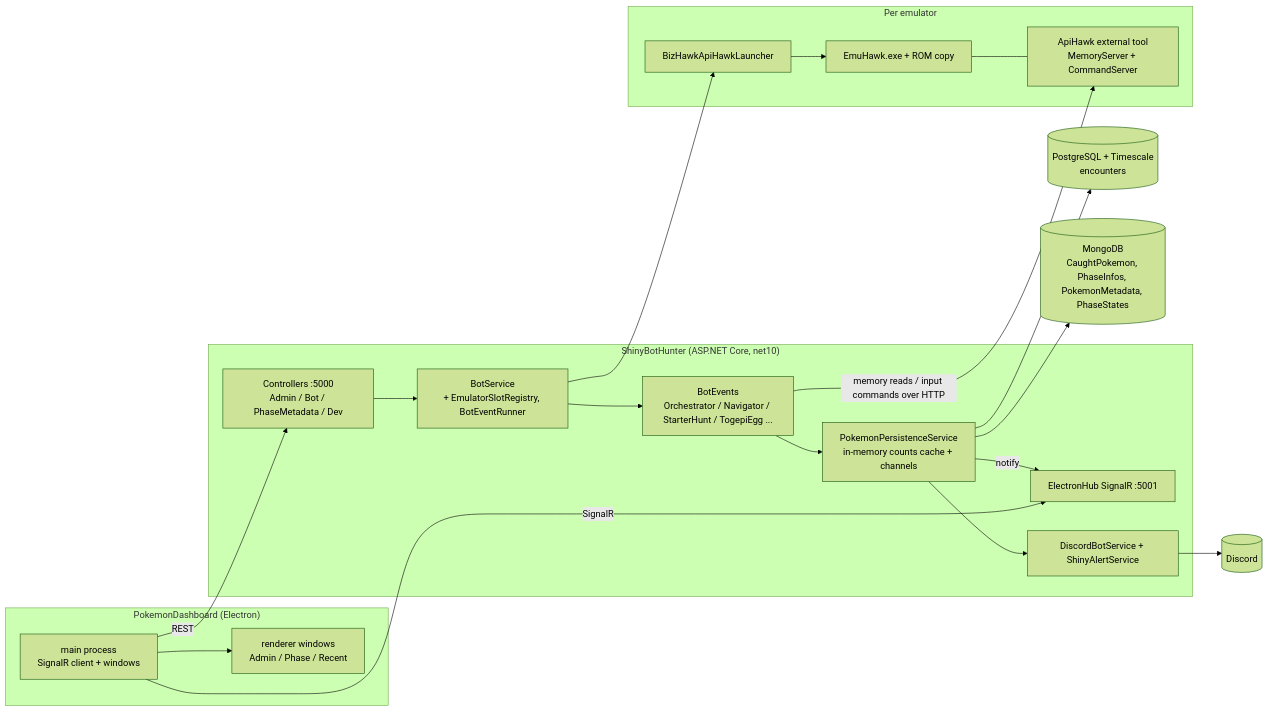
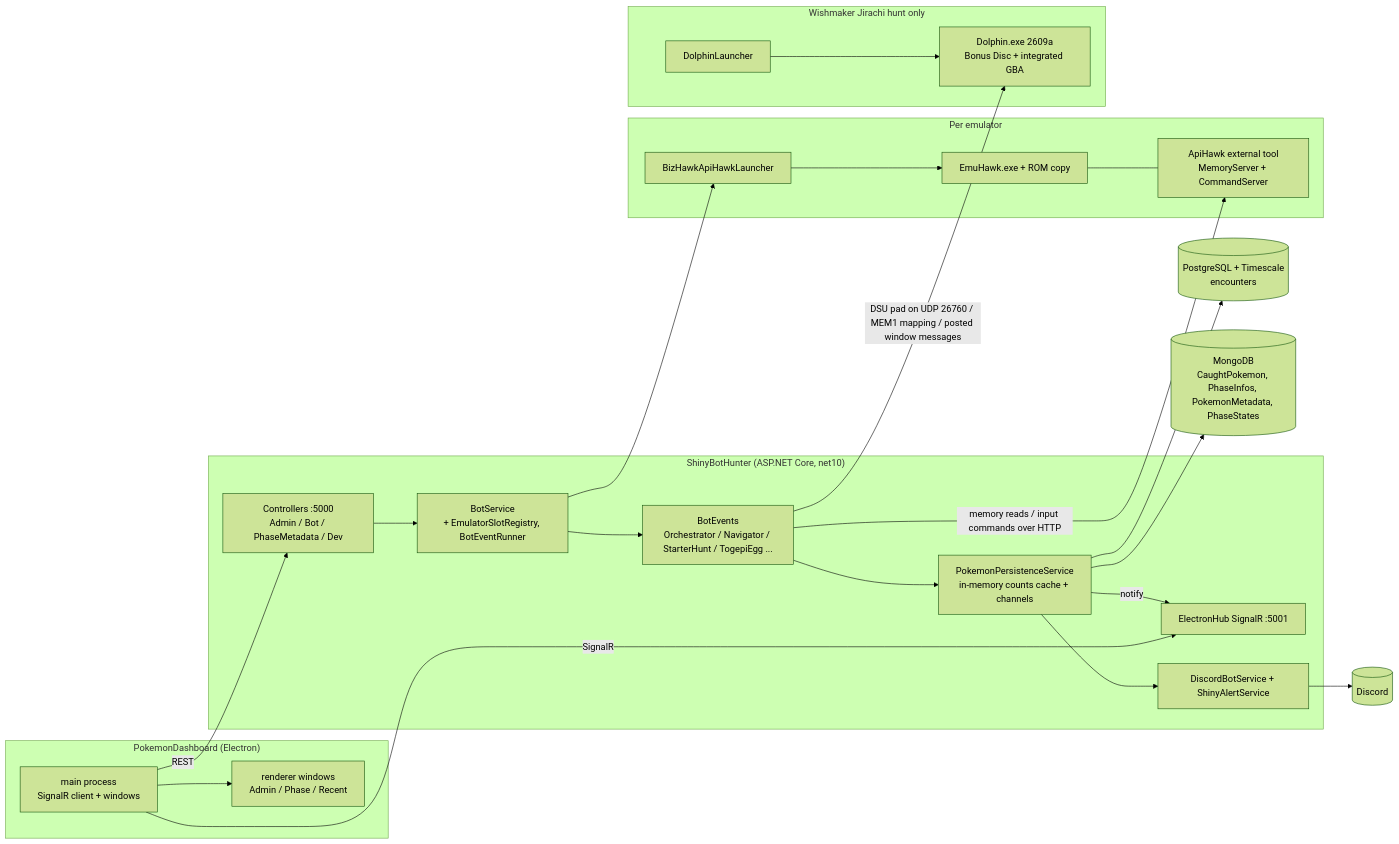
One commit to ppicinic/ShinyBotHunter changed the first of 2 diagrams in docs/architecture/system-overview.md. Above: the diagram before and after it, drawn with Mermaid (forest theme). The commit also changed other lines of this file, not shown here.

First line of the commit message:
#170: Step 5: architecture, Dolphin and the Wishmaker cycle

````diff
--- a/docs/architecture/system-overview.md
+++ b/docs/architecture/system-overview.md
@@ -20,35 +20,40 @@
 ```mermaid
 flowchart LR
   subgraph Dashboard["PokemonDashboard (Electron)"]
     Main[main process<br/>SignalR client + windows] --> Renderer[renderer windows<br/>Admin / Phase / Recent]
   end
 
   subgraph Backend["ShinyBotHunter (ASP.NET Core, net10)"]
     API[Controllers :5000<br/>Admin / Bot / PhaseMetadata / Dev]
     Hub[ElectronHub SignalR :5001]
     BotSvc[BotService<br/>+ EmulatorSlotRegistry, BotEventRunner]
     Events[BotEvents<br/>Orchestrator / Navigator / StarterHunt / TogepiEgg ...]
     Persist[PokemonPersistenceService<br/>in-memory counts cache + channels]
     Discord[DiscordBotService + ShinyAlertService]
   end
 
   subgraph Emu["Per emulator"]
     Launcher[BizHawkApiHawkLauncher] --> EmuHawk[EmuHawk.exe + ROM copy]
     EmuHawk --- ApiHawk[ApiHawk external tool<br/>MemoryServer + CommandServer]
   end
 
+  subgraph Dol["Wishmaker Jirachi hunt only"]
+    DolLauncher[DolphinLauncher] --> Dolphin[Dolphin.exe 2609a<br/>Bonus Disc + integrated GBA]
+  end
+
   PG[(PostgreSQL + Timescale<br/>encounters)]
   Mongo[(MongoDB<br/>CaughtPokemon, PhaseInfos, PokemonMetadata, PhaseStates)]
   DiscordAPI[(Discord)]
 
   Main -- REST --> API
   Main -- SignalR --> Hub
   API --> BotSvc --> Events
   Events -- memory reads / input commands over HTTP --> ApiHawk
+  Events -- DSU pad on UDP 26760 / MEM1 mapping / posted window messages --> Dolphin
   BotSvc --> Launcher
   Events --> Persist
   Persist --> PG
   Persist --> Mongo
   Persist -- notify --> Hub
   Persist --> Discord --> DiscordAPI
 ```
````
